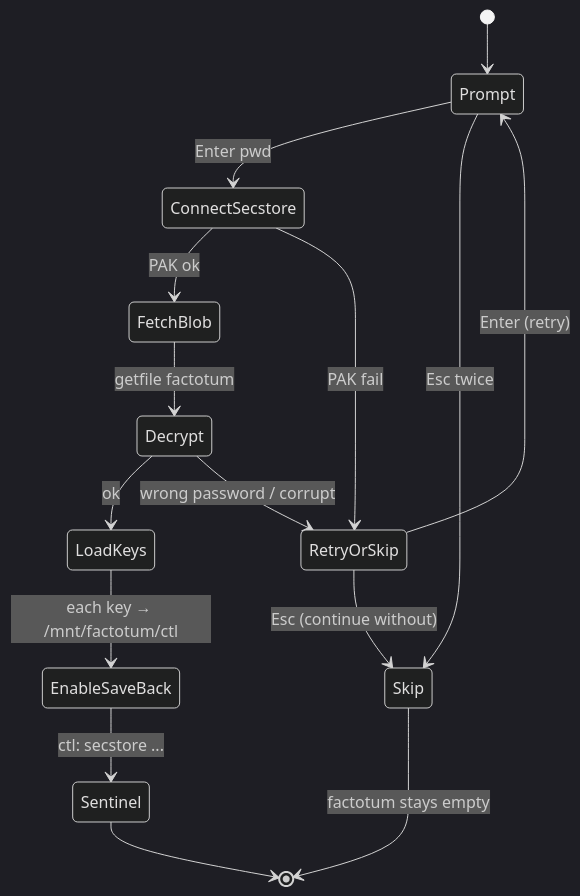
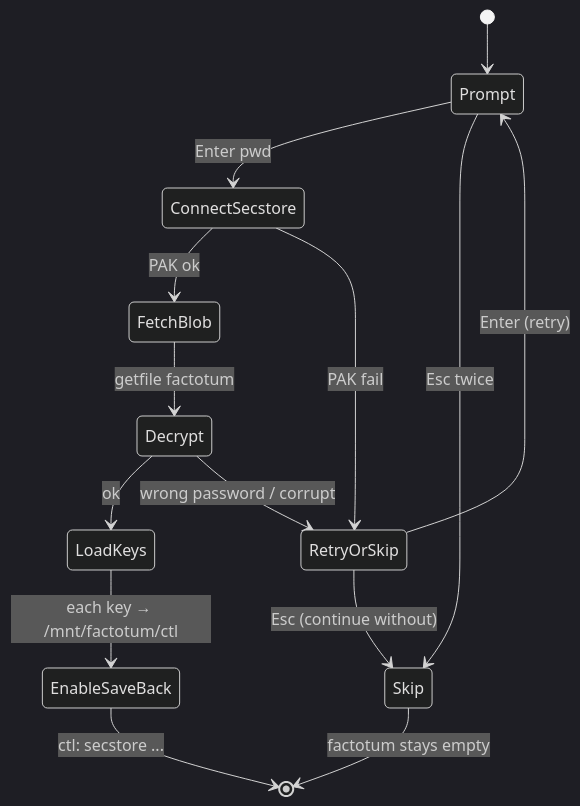
One commit to infernode-os/infernode changed the ninth of 12 diagrams in docs/AUTHENTICATION.md. Above: the diagram before and after it, drawn with Mermaid (dark theme). The commit also changed other lines of this file and 6 other files, not shown here.

````diff
--- a/docs/AUTHENTICATION.md
+++ b/docs/AUTHENTICATION.md
@@ -382,17 +381,16 @@
 ```mermaid
 stateDiagram-v2
     [*] --> Prompt
     Prompt --> ConnectSecstore: Enter pwd
     Prompt --> Skip: Esc twice
     ConnectSecstore --> FetchBlob: PAK ok
     ConnectSecstore --> RetryOrSkip: PAK fail
     RetryOrSkip --> Prompt: Enter (retry)
     RetryOrSkip --> Skip: Esc (continue without)
     FetchBlob --> Decrypt: getfile factotum
     Decrypt --> LoadKeys: ok
     Decrypt --> RetryOrSkip: wrong password / corrupt
     LoadKeys --> EnableSaveBack: each key → /mnt/factotum/ctl
-    EnableSaveBack --> Sentinel: ctl: secstore ...
-    Sentinel --> [*]
+    EnableSaveBack --> [*]: ctl: secstore ...
     Skip --> [*]: factotum stays empty
 ```
````
